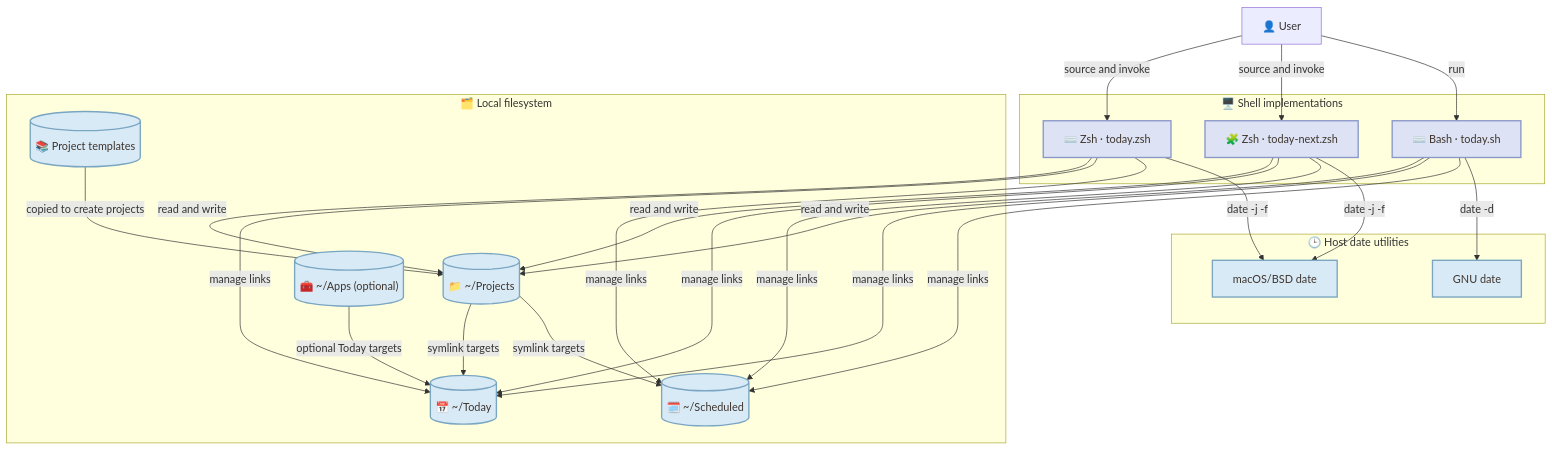
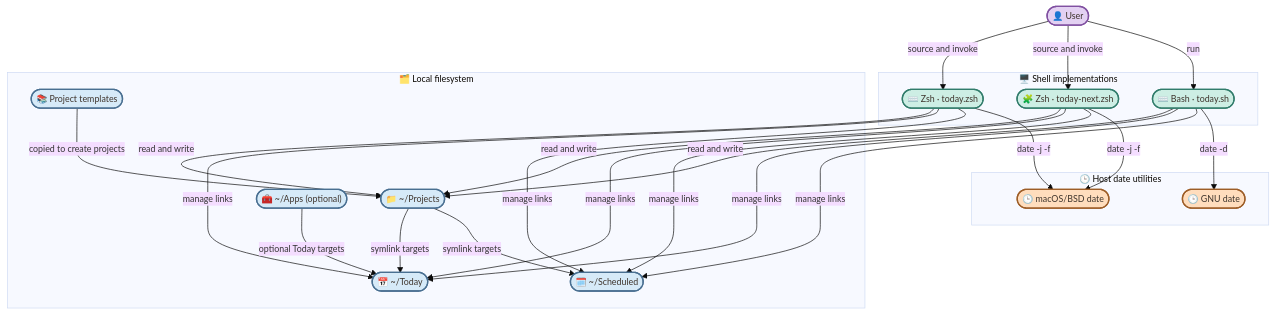
The first of 3 diagrams in README.md (enogrob/project-today-manager), drawn with Mermaid before and after one commit. The commit also changed other lines of this file, not shown here.

````diff
--- a/README.md
+++ b/README.md
@@ -31,51 +31,56 @@
 ```mermaid
+%%{init: {"theme": "base", "themeVariables": {"fontSize": "13px"}, "flowchart": {"wrappingWidth": 200, "minNodeWidth": 0, "padding": 8}}}%%
 flowchart TD
-  user["👤 User"]
+  user(["👤 User"])
 
   subgraph shells["🖥️ Shell implementations"]
-    zshLegacy["⌨️ Zsh · today.zsh"]
-    zshNext["🧩 Zsh · today-next.zsh"]
-    bash["⌨️ Bash · today.sh"]
+    zshLegacy(["⌨️ Zsh · today.zsh"])
+    zshNext(["🧩 Zsh · today-next.zsh"])
+    bash(["⌨️ Bash · today.sh"])
   end
 
   subgraph filesystem["🗂️ Local filesystem"]
-    templates[("📚 Project templates")]
-    projects[("📁 ~/Projects")]
-    today[("📅 ~/Today")]
-    scheduled[("🗓️ ~/Scheduled")]
-    apps[("🧰 ~/Apps (optional)")]
+    templates(["📚 Project templates"])
+    projects(["📁 ~/Projects"])
+    today(["📅 ~/Today"])
+    scheduled(["🗓️ ~/Scheduled"])
+    apps(["🧰 ~/Apps (optional)"])
   end
 
   subgraph dateTools["🕒 Host date utilities"]
-    bsdDate["macOS/BSD date"]
-    gnuDate["GNU date"]
+    bsdDate(["🕒 macOS/BSD date"])
+    gnuDate(["🕒 GNU date"])
   end
 
   user -->|source and invoke| zshLegacy
   user -->|source and invoke| zshNext
   user -->|run| bash
 
   zshLegacy -->|read and write| projects
   zshLegacy -->|manage links| today
   zshLegacy -->|manage links| scheduled
   zshNext -->|read and write| projects
   zshNext -->|manage links| today
   zshNext -->|manage links| scheduled
   bash -->|read and write| projects
   bash -->|manage links| today
   bash -->|manage links| scheduled
 
   templates -->|copied to create projects| projects
   projects -->|symlink targets| today
   projects -->|symlink targets| scheduled
   apps -->|optional Today targets| today
 
   zshLegacy -->|date -j -f| bsdDate
   zshNext -->|date -j -f| bsdDate
   bash -->|date -d| gnuDate
 
-  classDef context fill:#D9EAF7,stroke:#7AA6C2,color:#3E342C,stroke-width:2px;
-  classDef orchestration fill:#DDE3F4,stroke:#8998C8,color:#3E342C,stroke-width:2px;
-  class templates,projects,today,scheduled,apps,bsdDate,gnuDate context;
-  class zshLegacy,zshNext,bash orchestration;
+  classDef actor fill:#E3D1F2,stroke:#8050A1,color:#3E342C,stroke-width:2px;
+  classDef implementation fill:#CDEEE4,stroke:#317C6B,color:#3E342C,stroke-width:2px;
+  classDef storage fill:#D6EAF8,stroke:#496F91,color:#3E342C,stroke-width:2px;
+  classDef utility fill:#FFDDBD,stroke:#9D5D27,color:#3E342C,stroke-width:2px;
+  class user actor;
+  class zshLegacy,zshNext,bash implementation;
+  class templates,projects,today,scheduled,apps storage;
+  class bsdDate,gnuDate utility;
 ```
````
